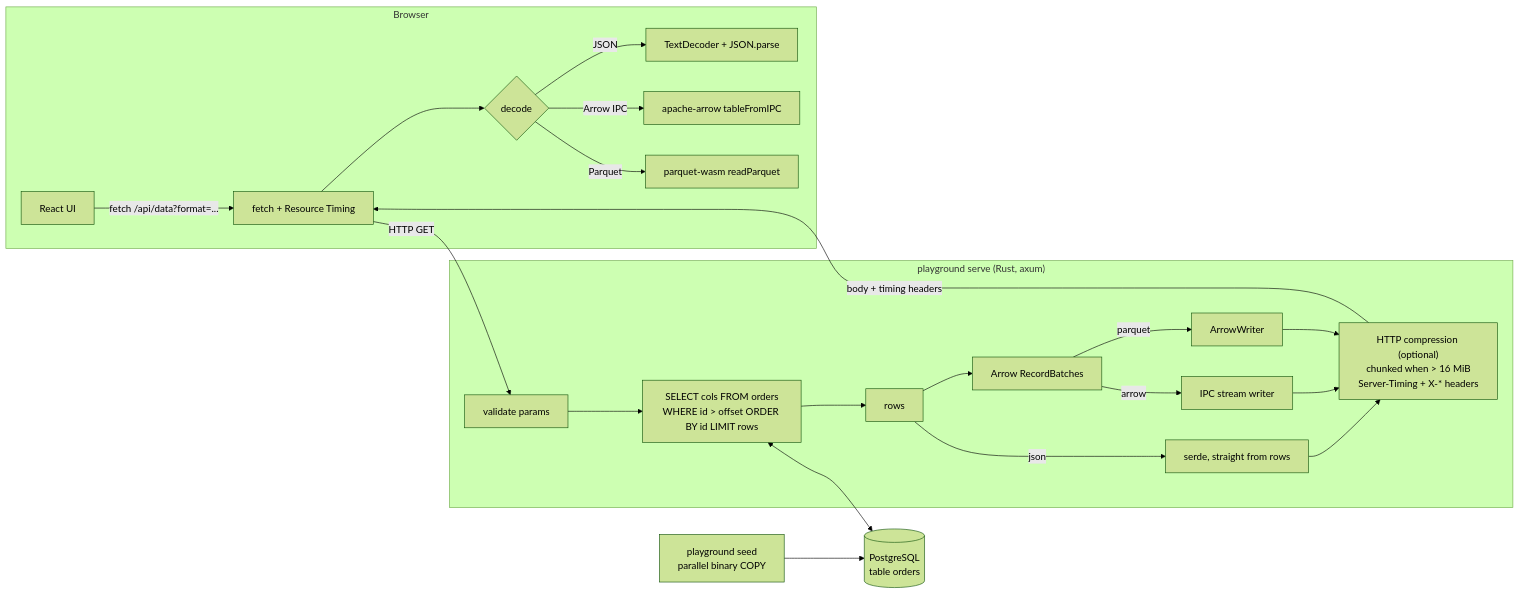
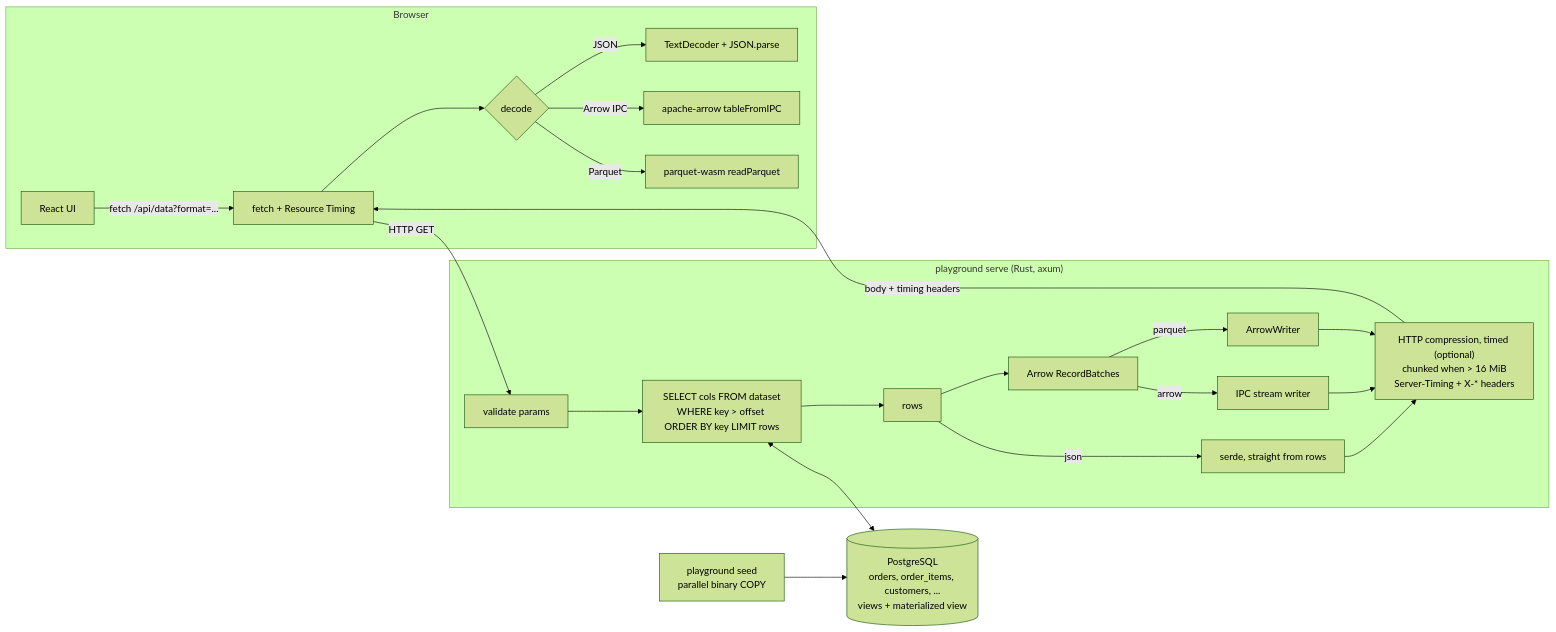
One commit to ZipZipPy/rust-arrow-playground changed the diagram in README.md. Above: the diagram before and after it, drawn with Mermaid (forest theme). The commit also changed other lines of this file and 80 other files, not shown here.

````diff
--- a/README.md
+++ b/README.md
@@ -146,23 +173,23 @@
 ```mermaid
 flowchart LR
   subgraph Browser
     UI[React UI] -->|"fetch /api/data?format=..."| F[fetch + Resource Timing]
     F --> D{decode}
     D -->|JSON| JP[TextDecoder + JSON.parse]
     D -->|Arrow IPC| AT[apache-arrow tableFromIPC]
     D -->|Parquet| PQ[parquet-wasm readParquet]
   end
   subgraph Server["playground serve (Rust, axum)"]
-    Q[validate params] --> SQL["SELECT cols FROM orders<br/>WHERE id > offset ORDER BY id LIMIT rows"]
+    Q[validate params] --> SQL["SELECT cols FROM dataset<br/>WHERE key > offset ORDER BY key LIMIT rows"]
     SQL --> R[rows]
     R -->|json| SJ[serde, straight from rows]
     R --> RB[Arrow RecordBatches]
     RB -->|arrow| IPC[IPC stream writer]
     RB -->|parquet| PW[ArrowWriter]
-    SJ & IPC & PW --> H["HTTP compression (optional)<br/>chunked when > 16 MiB<br/>Server-Timing + X-* headers"]
+    SJ & IPC & PW --> H["HTTP compression, timed (optional)<br/>chunked when > 16 MiB<br/>Server-Timing + X-* headers"]
   end
   F -->|HTTP GET| Q
   H -->|"body + timing headers"| F
-  SQL <--> PG[("PostgreSQL<br/>table orders")]
+  SQL <--> PG[("PostgreSQL<br/>orders, order_items, customers, ...<br/>views + materialized view")]
   Seed["playground seed<br/>parallel binary COPY"] --> PG
 ```
````
